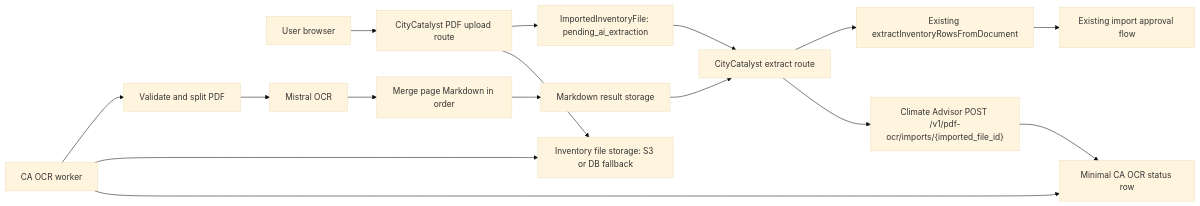
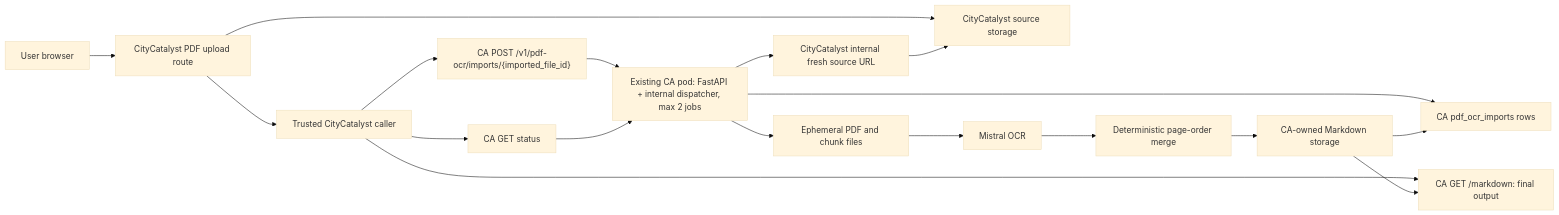
The diagram in climate-advisor/docs/pdf-ocr-markdown-architecture.md (Open-Earth-Foundation/CityCatalyst), drawn with Mermaid (base theme) before and after one commit. The commit also changed other lines of this file, not shown here.

Commit message:
Simplify PDF OCR architecture for CA pod

````diff
--- a/climate-advisor/docs/pdf-ocr-markdown-architecture.md
+++ b/climate-advisor/docs/pdf-ocr-markdown-architecture.md
@@ -79,18 +102,20 @@
 ```mermaid
 flowchart LR
     U["User browser"] --> CCUpload["CityCatalyst PDF upload route"]
-    CCUpload --> Store["Inventory file storage: S3 or DB fallback"]
-    CCUpload --> ImportRow["ImportedInventoryFile: pending_ai_extraction"]
-    ImportRow --> CCExtract["CityCatalyst extract route"]
-    CCExtract --> CAJob["Climate Advisor POST /v1/pdf-ocr/imports/{imported_file_id}"]
-    CAJob --> JobTable["Minimal CA OCR status row"]
-    Worker["CA OCR worker"] --> JobTable
-    Worker --> Store
-    Worker --> Split["Validate and split PDF"]
-    Split --> Mistral["Mistral OCR"]
-    Mistral --> Merge["Merge page Markdown in order"]
-    Merge --> ResultStore["Markdown result storage"]
-    ResultStore --> CCExtract
-    CCExtract --> ExtractRows["Existing extractInventoryRowsFromDocument"]
-    ExtractRows --> Approval["Existing import approval flow"]
+    CCUpload --> CCStore["CityCatalyst source storage"]
+    CCUpload --> Caller["Trusted CityCatalyst caller"]
+    Caller --> CAStart["CA POST /v1/pdf-ocr/imports/{imported_file_id}"]
+    CAStart --> CAApp["Existing CA pod: FastAPI + internal dispatcher, max 2 jobs"]
+    CAApp --> OCRRow["CA pdf_ocr_imports rows"]
+    CAApp --> CCSource["CityCatalyst internal fresh source URL"]
+    CCSource --> CCStore
+    CAApp --> Temp["Ephemeral PDF and chunk files"]
+    Temp --> Mistral["Mistral OCR"]
+    Mistral --> Merge["Deterministic page-order merge"]
+    Merge --> CAStore["CA-owned Markdown storage"]
+    CAStore --> OCRRow
+    Caller --> CAStatus["CA GET status"]
+    CAStatus --> CAApp
+    Caller --> CADownload["CA GET /markdown: final output"]
+    CAStore --> CADownload
 ```
````
